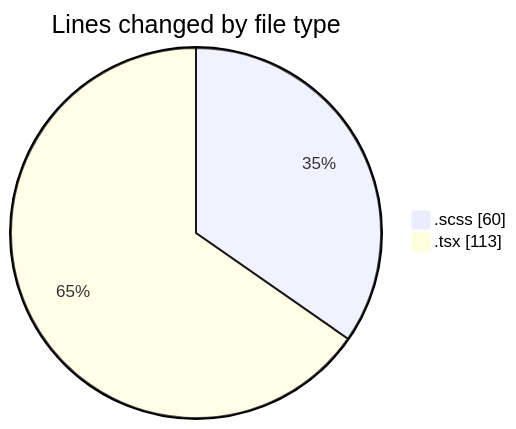
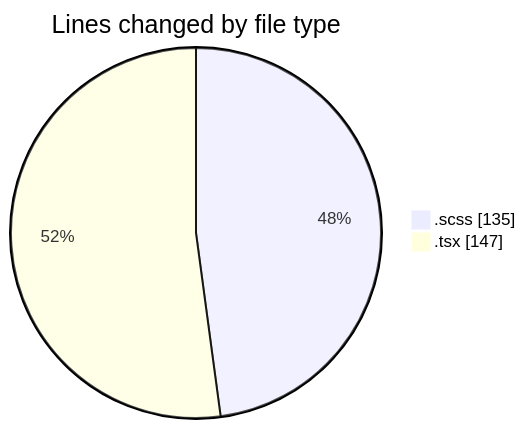
The first of 2 diagrams in 2025-03-04/cda/README.md (momahboobian/code-tracking), drawn with Mermaid before and after one commit. The commit also changed other lines of this file and 1 other file, not shown here.

````diff
--- a/2025-03-04/cda/README.md
+++ b/2025-03-04/cda/README.md
@@ -22,6 +23,6 @@
 ```mermaid
 pie showData
 title Lines changed by file type
-".scss" : 60
-".tsx" : 113
+".scss" : 135
+".tsx" : 147
 ```
````
